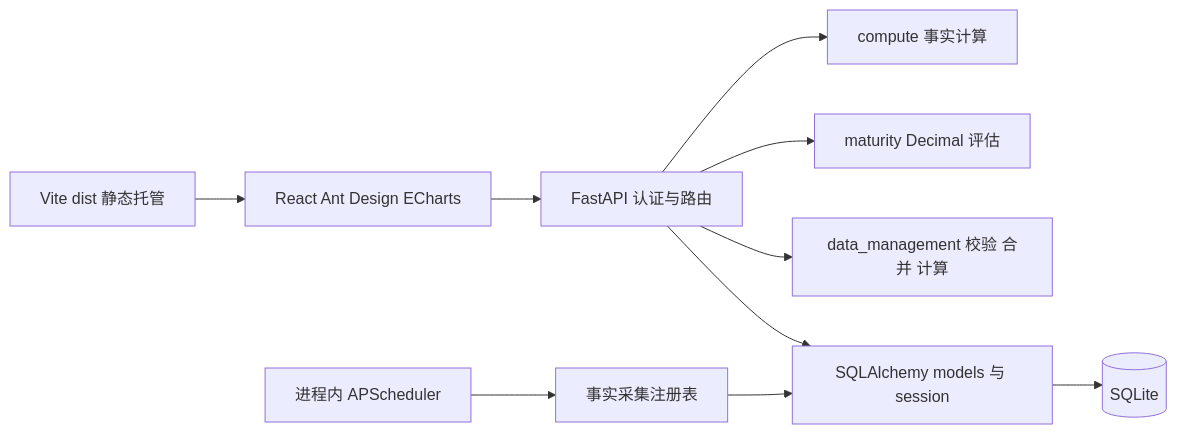
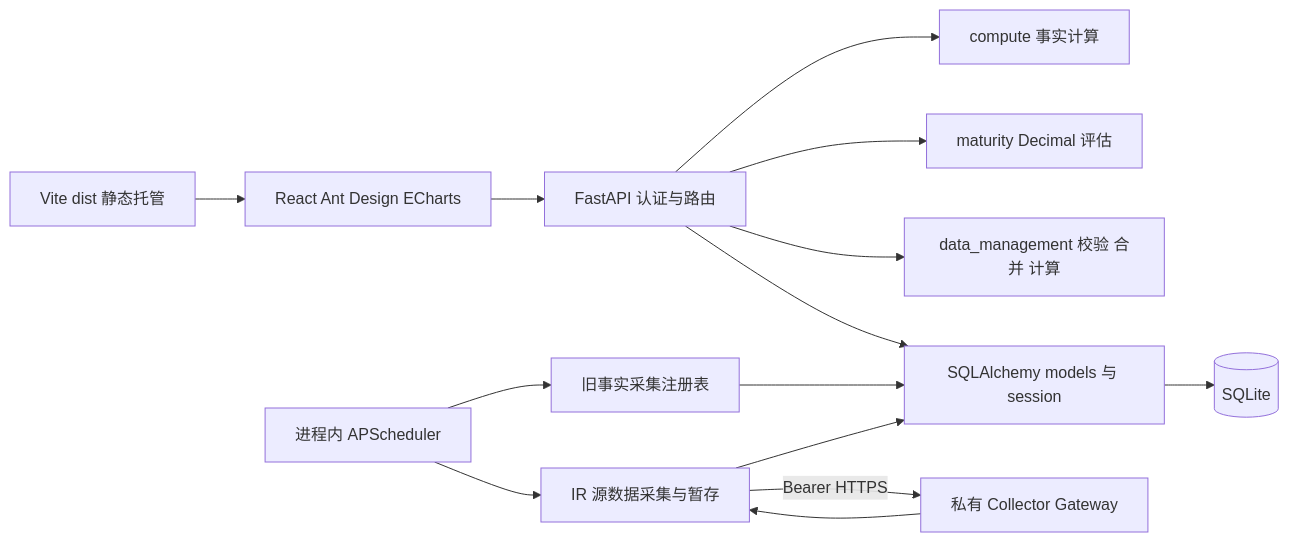
Before and after one commit to X1aoboo/ai-dev-radar: the diagram in docs/architecture/overview.md, drawn with Mermaid. The commit also changed other lines of this file and 32 other files, not shown here.

Commit message:
feat(data): add IR collector gateway layer

````diff
--- a/docs/architecture/overview.md
+++ b/docs/architecture/overview.md
@@ -7,12 +7,16 @@
 ```mermaid
 flowchart LR
     Browser[React Ant Design ECharts] --> API[FastAPI 认证与路由]
     API --> Facts[compute 事实计算]
     API --> Maturity[maturity Decimal 评估]
     API --> Source[data_management 校验 合并 计算]
     API --> ORM[SQLAlchemy models 与 session]
     ORM --> DB[(SQLite)]
-    Scheduler[进程内 APScheduler] --> Registry[事实采集注册表]
+    Scheduler[进程内 APScheduler] --> Registry[旧事实采集注册表]
     Registry --> ORM
+    Scheduler --> SourceCollection[IR 源数据采集与暂存]
+    SourceCollection -->|Bearer HTTPS| Gateway[私有 Collector Gateway]
+    Gateway --> SourceCollection
+    SourceCollection --> ORM
     Static[Vite dist 静态托管] --> Browser
 ```
````
